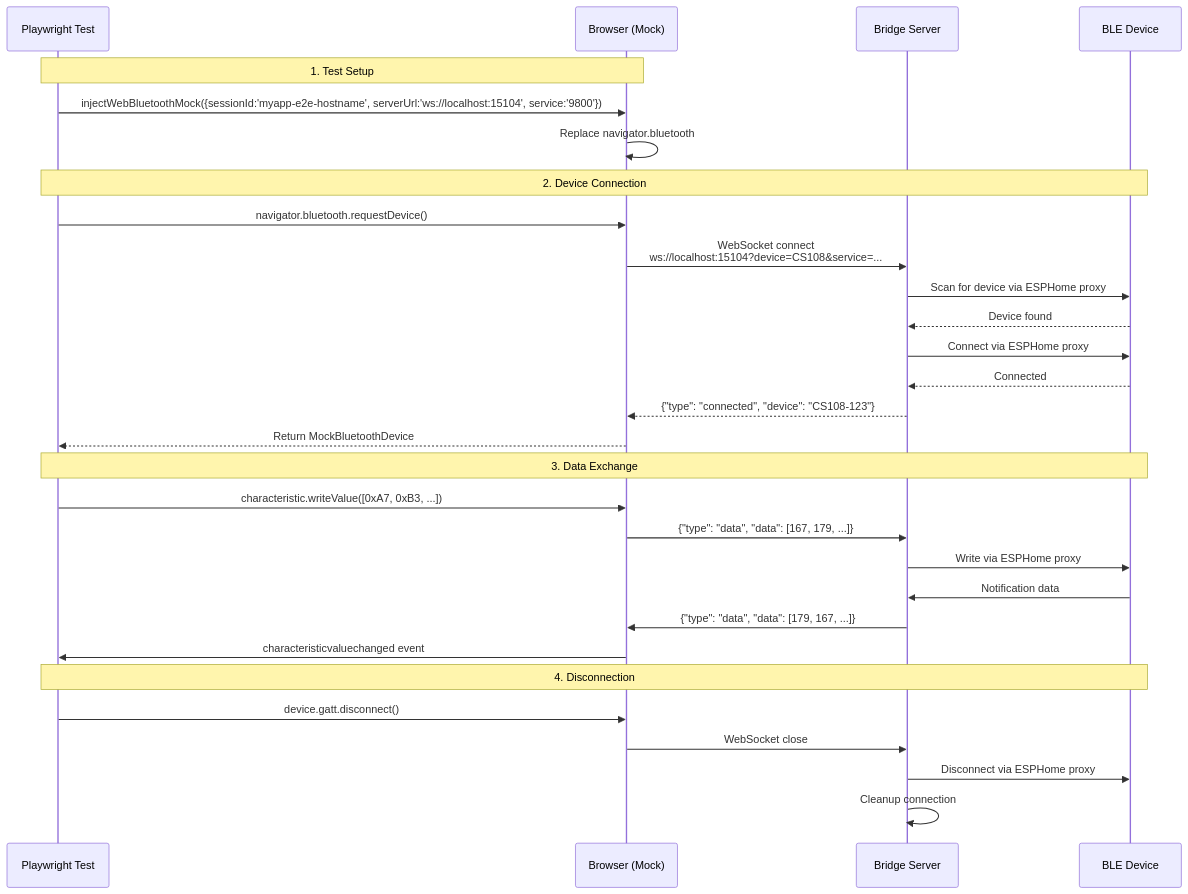
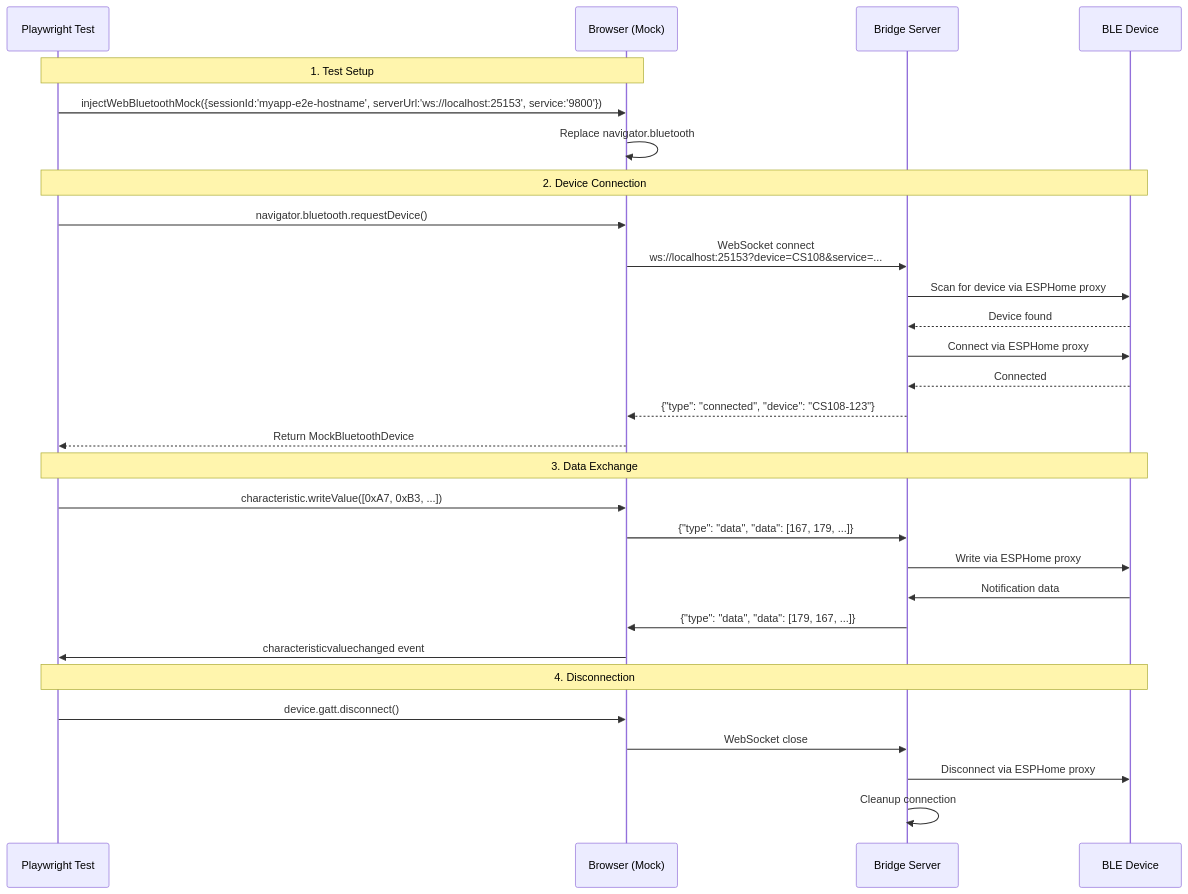
One commit to ble-mcp-test/ble-mcp-test changed the diagram in README.md. Above: the diagram before and after it, drawn with Mermaid. The commit also changed other lines of this file and 30 other files, not shown here.

````diff
--- a/README.md
+++ b/README.md
@@ -38,36 +38,36 @@
 ```mermaid
 sequenceDiagram
     participant Test as Playwright Test
     participant Browser as Browser (Mock)
     participant Bridge as Bridge Server
     participant BLE as BLE Device
 
     Note over Test,Browser: 1. Test Setup
-    Test->>Browser: injectWebBluetoothMock({sessionId:'myapp-e2e-hostname', serverUrl:'ws://localhost:15104', service:'9800'})
+    Test->>Browser: injectWebBluetoothMock({sessionId:'myapp-e2e-hostname', serverUrl:'ws://localhost:25153', service:'9800'})
     Browser->>Browser: Replace navigator.bluetooth
 
     Note over Test,BLE: 2. Device Connection
     Test->>Browser: navigator.bluetooth.requestDevice()
-    Browser->>Bridge: WebSocket connect<br/>ws://localhost:15104?device=CS108&service=...
+    Browser->>Bridge: WebSocket connect<br/>ws://localhost:25153?device=CS108&service=...
     Bridge->>BLE: Scan for device via ESPHome proxy
     BLE-->>Bridge: Device found
     Bridge->>BLE: Connect via ESPHome proxy
     BLE-->>Bridge: Connected
     Bridge-->>Browser: {"type": "connected", "device": "CS108-123"}
     Browser-->>Test: Return MockBluetoothDevice
 
     Note over Test,BLE: 3. Data Exchange
     Test->>Browser: characteristic.writeValue([0xA7, 0xB3, ...])
     Browser->>Bridge: {"type": "data", "data": [167, 179, ...]}
     Bridge->>BLE: Write via ESPHome proxy
     
     BLE->>Bridge: Notification data
     Bridge->>Browser: {"type": "data", "data": [179, 167, ...]}
     Browser->>Test: characteristicvaluechanged event
 
     Note over Test,BLE: 4. Disconnection
     Test->>Browser: device.gatt.disconnect()
     Browser->>Bridge: WebSocket close
     Bridge->>BLE: Disconnect via ESPHome proxy
     Bridge->>Bridge: Cleanup connection
 ```
````
